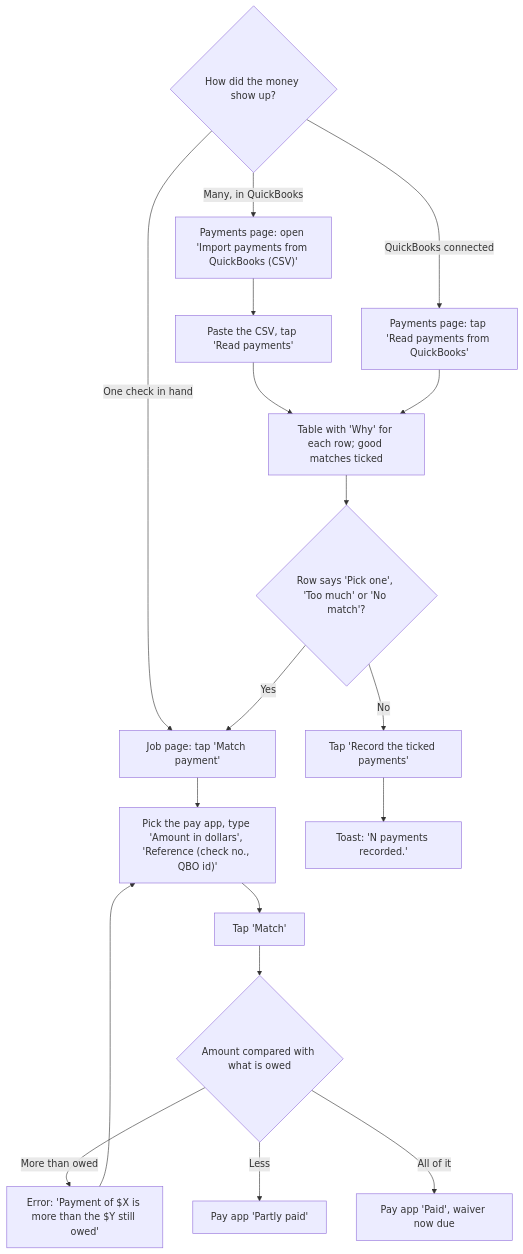
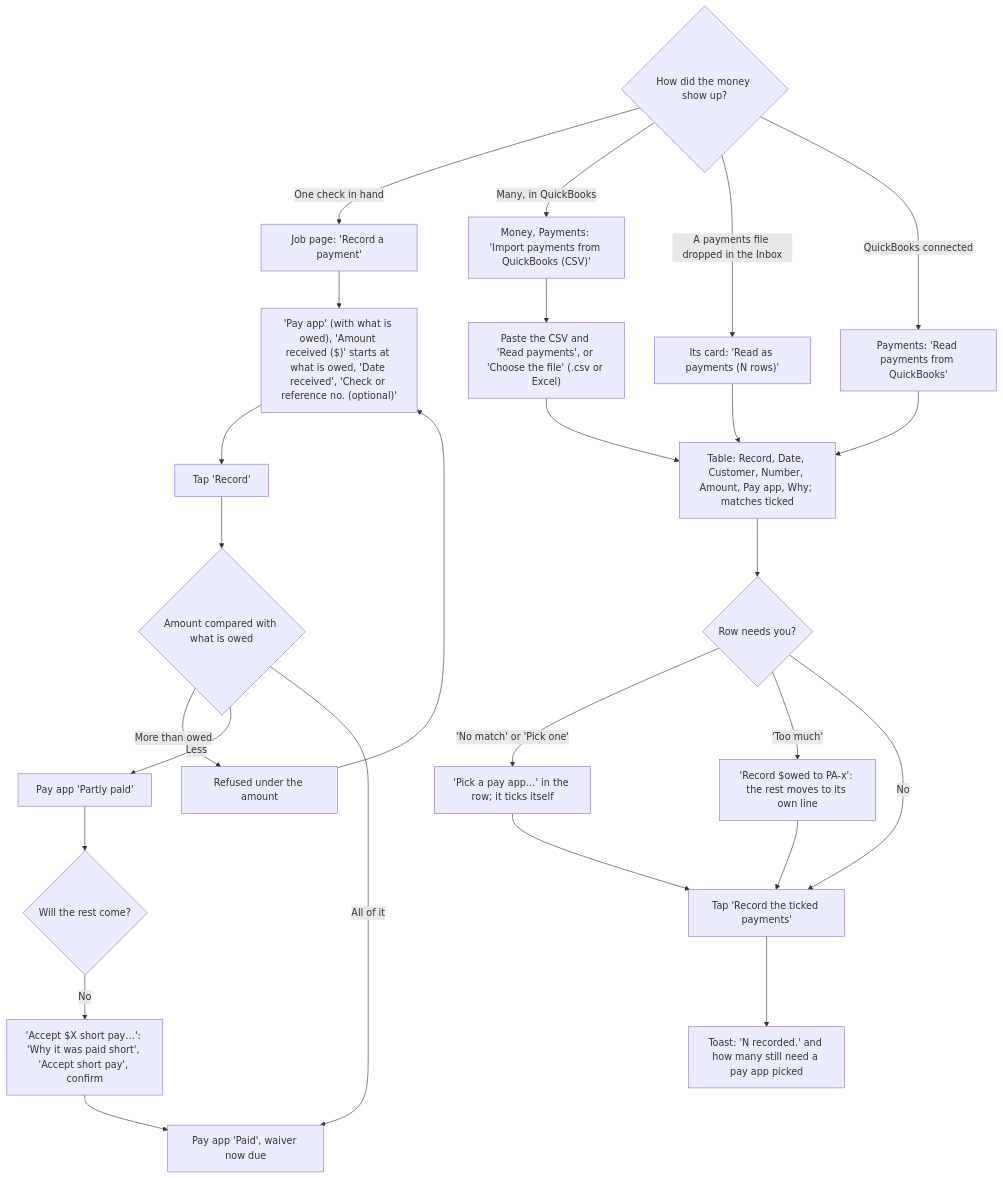
Before and after one commit to cartwrightstephen/billdable: the tenth of 15 diagrams in docs/client-flows.md, drawn with Mermaid. The commit also changed other lines of this file and 15 other files, not shown here.

First line of the commit message:
Round 6: R6-11 wireframes and flows caught up with the app

````diff
--- a/docs/client-flows.md
+++ b/docs/client-flows.md
@@ -373,20 +360,28 @@
 ```mermaid
 flowchart TD
-    A{"How did the money show up?"} -->|"One check in hand"| B["Job page: tap 'Match payment'"]
-    B --> C["Pick the pay app, type 'Amount in dollars', 'Reference (check no., QBO id)'"]
-    C --> D["Tap 'Match'"]
+    A{"How did the money show up?"} -->|"One check in hand"| B["Job page: 'Record a payment'"]
+    B --> C["'Pay app' (with what is owed), 'Amount received ($)' starts at what is owed, 'Date received', 'Check or reference no. (optional)'"]
+    C --> D["Tap 'Record'"]
     D --> E{"Amount compared with what is owed"}
-    E -->|"More than owed"| F["Error: 'Payment of $X is more than the $Y still owed'"]
+    E -->|"More than owed"| F["Refused under the amount"]
     F --> C
     E -->|"Less"| G["Pay app 'Partly paid'"]
+    G --> G2{"Will the rest come?"}
+    G2 -->|"No"| G3["'Accept $X short pay…': 'Why it was paid short', 'Accept short pay', confirm"]
+    G3 --> H
     E -->|"All of it"| H["Pay app 'Paid', waiver now due"]
-    A -->|"Many, in QuickBooks"| I["Payments page: open 'Import payments from QuickBooks (CSV)'"]
-    I --> J["Paste the CSV, tap 'Read payments'"]
-    J --> K["Table with 'Why' for each row; good matches ticked"]
-    K --> L{"Row says 'Pick one', 'Too much' or 'No match'?"}
-    L -->|"Yes"| B
+    A -->|"Many, in QuickBooks"| I["Money, Payments: 'Import payments from QuickBooks (CSV)'"]
+    I --> J["Paste the CSV and 'Read payments', or 'Choose the file' (.csv or Excel)"]
+    A -->|"A payments file dropped in the Inbox"| J2["Its card: 'Read as payments (N rows)'"]
+    J2 --> K
+    J --> K["Table: Record, Date, Customer, Number, Amount, Pay app, Why; matches ticked"]
+    K --> L{"Row needs you?"}
+    L -->|"'No match' or 'Pick one'"| L1["'Pick a pay app…' in the row; it ticks itself"]
+    L -->|"'Too much'"| L2["'Record $owed to PA-x': the rest moves to its own line"]
+    L1 --> M
+    L2 --> M
     L -->|"No"| M["Tap 'Record the ticked payments'"]
-    M --> N["Toast: 'N payments recorded.'"]
-    A -->|"QuickBooks connected"| O["Payments page: tap 'Read payments from QuickBooks'"]
+    M --> N["Toast: 'N recorded.' and how many still need a pay app picked"]
+    A -->|"QuickBooks connected"| O["Payments: 'Read payments from QuickBooks'"]
     O --> K
 ```
````
